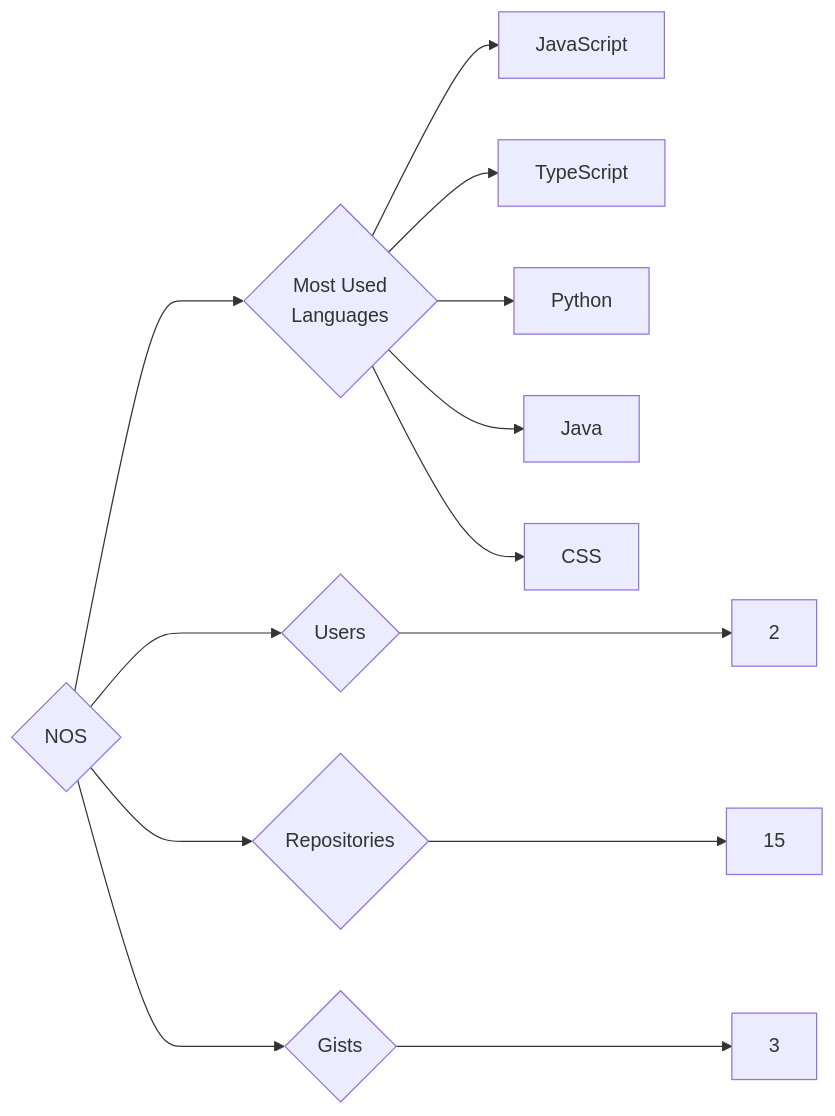
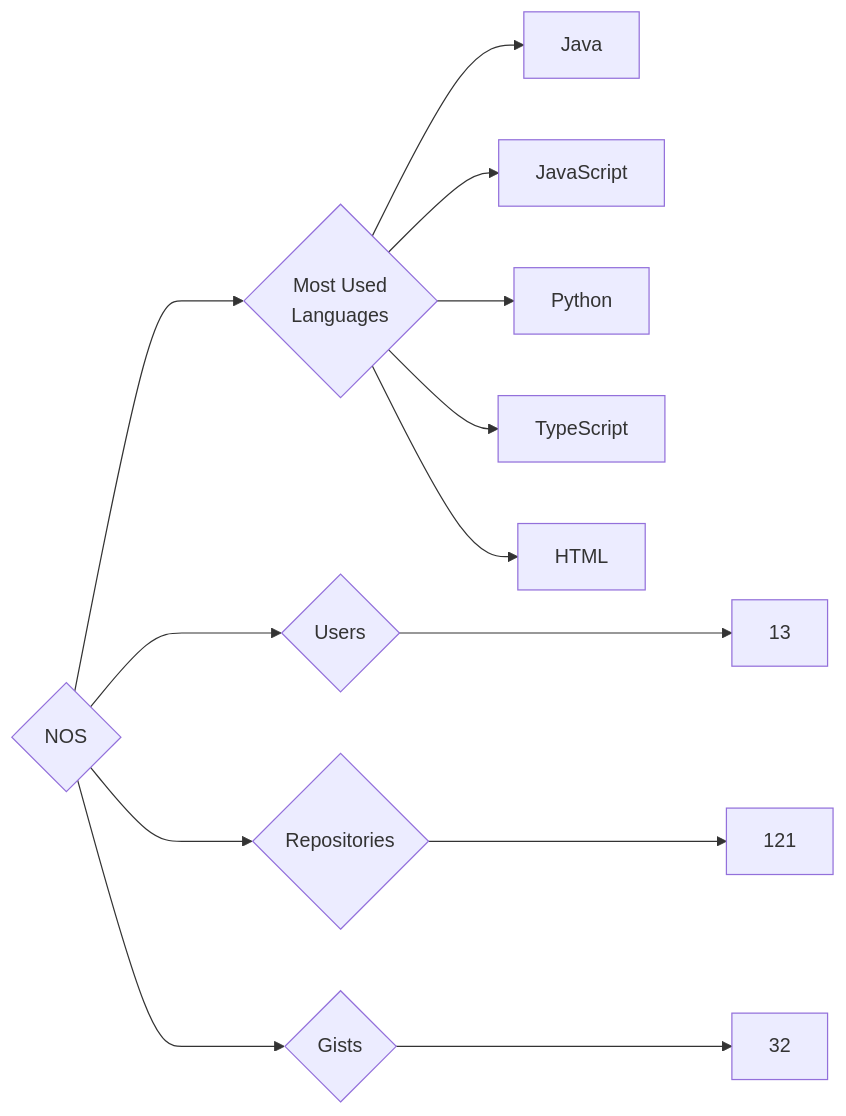
One commit to trickest/insiders changed the diagram in targets/NOS/README.md. Above: the diagram before and after it, drawn with Mermaid. The commit also changed 953 other files, not shown here.

````diff
--- a/targets/NOS/README.md
+++ b/targets/NOS/README.md
@@ -3,13 +3,13 @@
 ```mermaid
 graph LR
 COMPANY_NAME{NOS}
-COMPANY_NAME ---> U{Users} ---> UN[2]
-COMPANY_NAME ---> R{Repositories} ---> RN[15]
-COMPANY_NAME ---> G{Gists} ---> GN[3]
+COMPANY_NAME ---> U{Users} ---> UN[13]
+COMPANY_NAME ---> R{Repositories} ---> RN[121]
+COMPANY_NAME ---> G{Gists} ---> GN[32]
 COMPANY_NAME ---> ML{Most Used<br>Languages}
+ML --> Java[Java]
 ML --> JavaScript[JavaScript]
+ML --> Python[Python]
 ML --> TypeScript[TypeScript]
-ML --> Python[Python]
-ML --> Java[Java]
-ML --> CSS[CSS]
+ML --> HTML[HTML]
 ```
````
